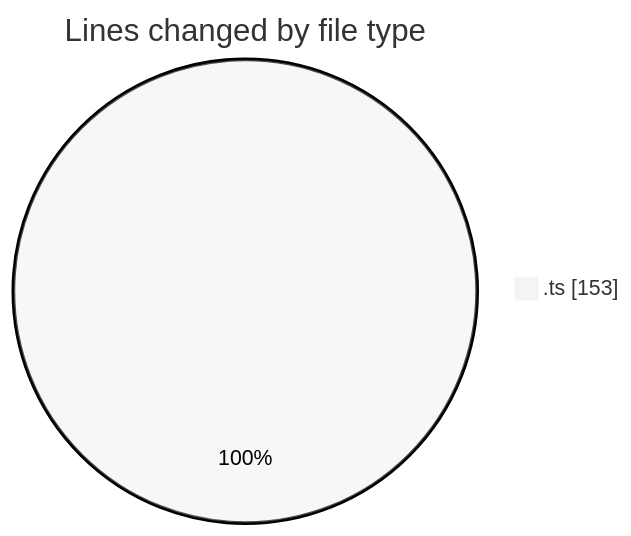
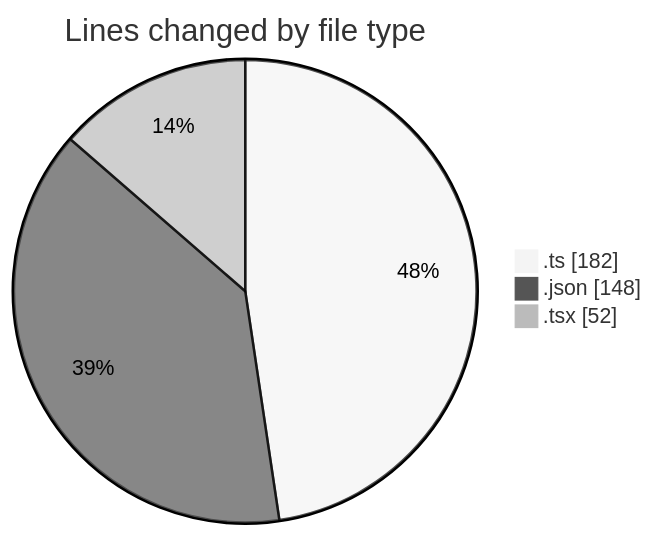
Before and after one commit to robertbonfada/code-tracking: the first of 2 diagrams in 2025-02-20/mbc-web/README.md, drawn with Mermaid (neutral theme). The commit also changed other lines of this file and 1 other file, not shown here.

````diff
--- a/2025-02-20/mbc-web/README.md
+++ b/2025-02-20/mbc-web/README.md
@@ -21,5 +24,7 @@
 ```mermaid
 pie showData
 title Lines changed by file type
-".ts" : 153
+".ts" : 182
+".json" : 148
+".tsx" : 52
 ```
````
